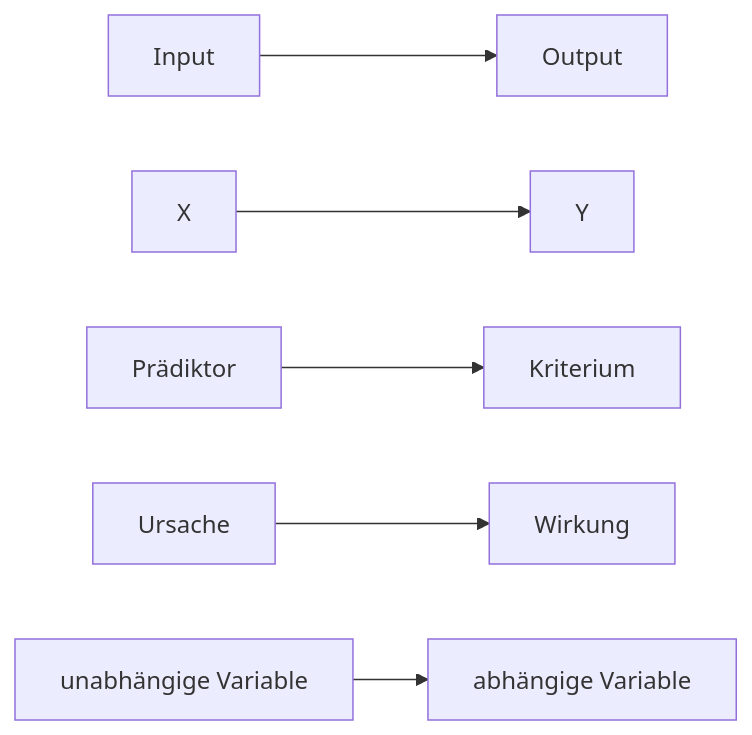
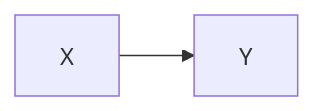
Before and after one commit to sebastiansauer/statistik1: the fifth of 6 diagrams in 010-rahmen.qmd, drawn with Mermaid. The commit also changed other lines of this file and 9 other files, not shown here.

````diff
--- a/010-rahmen.qmd
+++ b/010-rahmen.qmd
@@ -1046,13 +1064,9 @@
 ```{mermaid}
-%%| fig-cap: Synonyme Bezeichnungen für Input- und Output-Variablen einer Forschungsfrage
+%%| fig-cap: X und Y als synonyme Bezeichnungen für Input- und Output-Variablen einer Forschungsfrage
 %%| label: fig-ueberblick-fragen
 %%| fig-width: 4
 
 
 graph LR
-    Input --> Output
     X --> Y
-    P[Prädiktor] --> K[Kriterium]
-    Ursache --> Wirkung
-    UV[unabhängige Variable] --> AV[abhängige Variable]
 ```
````
